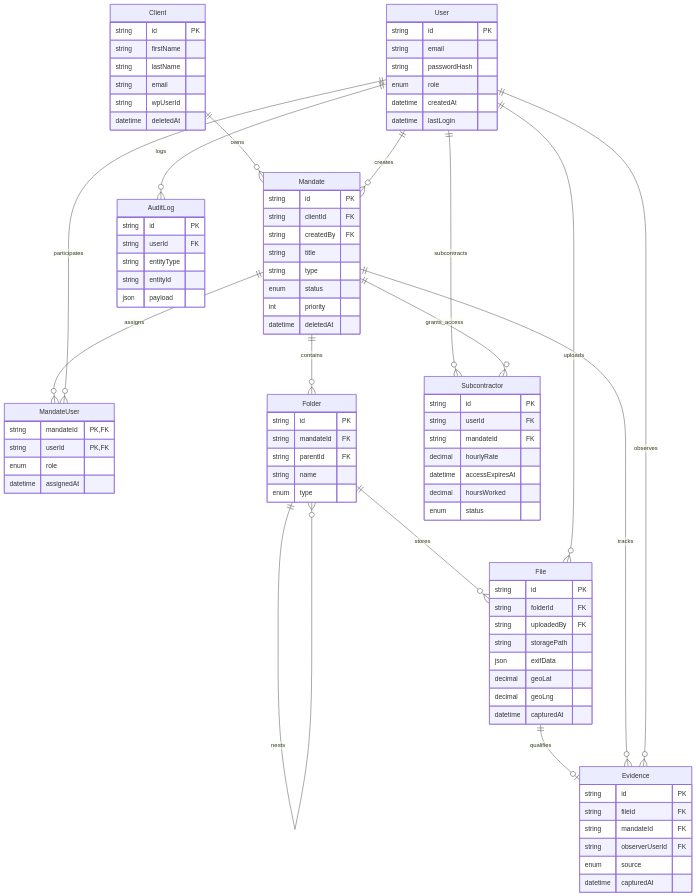
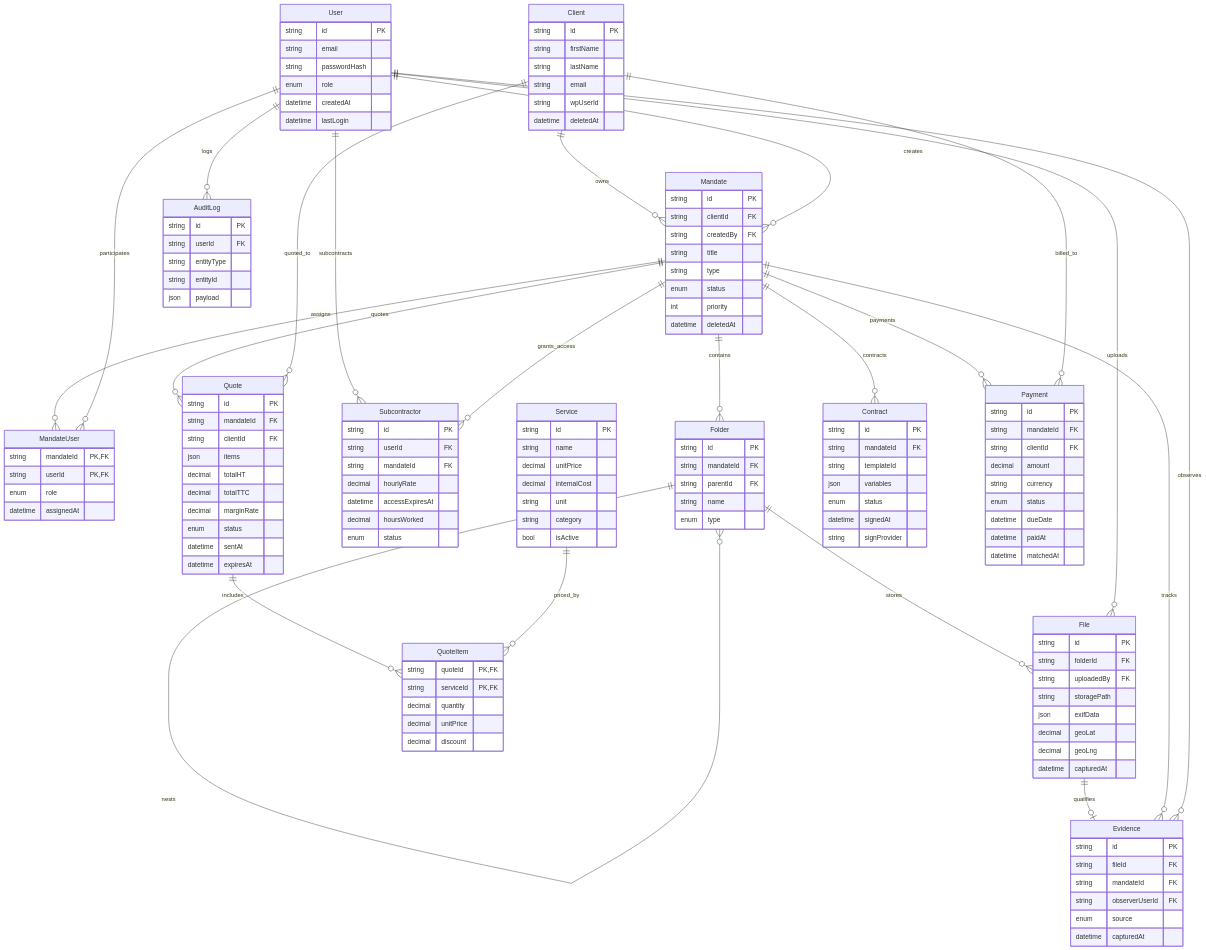
The diagram in docs/ERD.md (nguekeuarthur/crm_digital_detectives), drawn with Mermaid before and after one commit. The commit also changed other lines of this file and 2 other files, not shown here.

Commit message:
feat(api): add finance lifecycle data model

````diff
--- a/docs/ERD.md
+++ b/docs/ERD.md
@@ -78,6 +78,59 @@
     enum status
   }
 
+  Service {
+    string id PK
+    string name
+    decimal unitPrice
+    decimal internalCost
+    string unit
+    string category
+    bool isActive
+  }
+
+  Quote {
+    string id PK
+    string mandateId FK
+    string clientId FK
+    json items
+    decimal totalHT
+    decimal totalTTC
+    decimal marginRate
+    enum status
+    datetime sentAt
+    datetime expiresAt
+  }
+
+  QuoteItem {
+    string quoteId PK, FK
+    string serviceId PK, FK
+    decimal quantity
+    decimal unitPrice
+    decimal discount
+  }
+
+  Contract {
+    string id PK
+    string mandateId FK
+    string templateId
+    json variables
+    enum status
+    datetime signedAt
+    string signProvider
+  }
+
+  Payment {
+    string id PK
+    string mandateId FK
+    string clientId FK
+    decimal amount
+    string currency
+    enum status
+    datetime dueDate
+    datetime paidAt
+    datetime matchedAt
+  }
+
   AuditLog {
     string id PK
     string userId FK
@@ -103,5 +156,15 @@
   User ||--o{ Subcontractor : subcontracts
   Mandate ||--o{ Subcontractor : grants_access
 
+  Mandate ||--o{ Quote : quotes
+  Client ||--o{ Quote : quoted_to
+  Quote ||--o{ QuoteItem : includes
+  Service ||--o{ QuoteItem : priced_by
+
+  Mandate ||--o{ Contract : contracts
+
+  Mandate ||--o{ Payment : payments
+  Client ||--o{ Payment : billed_to
+
   User ||--o{ AuditLog : logs
 ```
````
